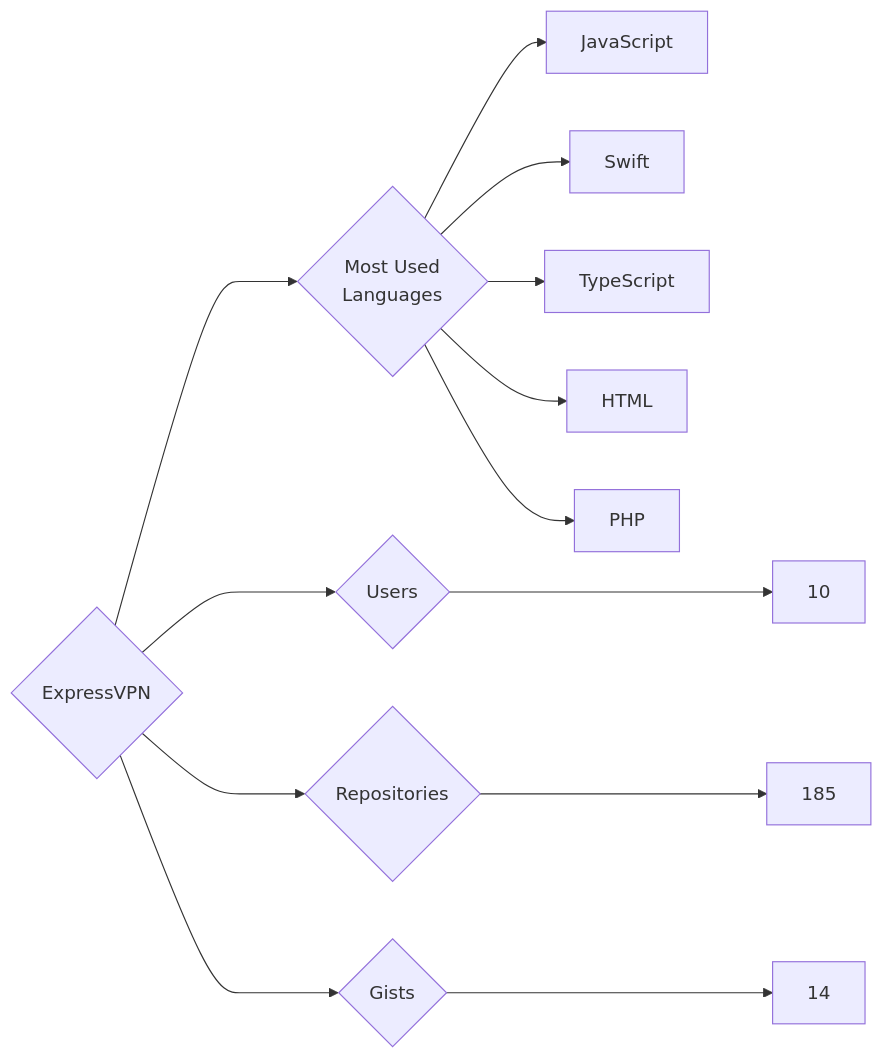
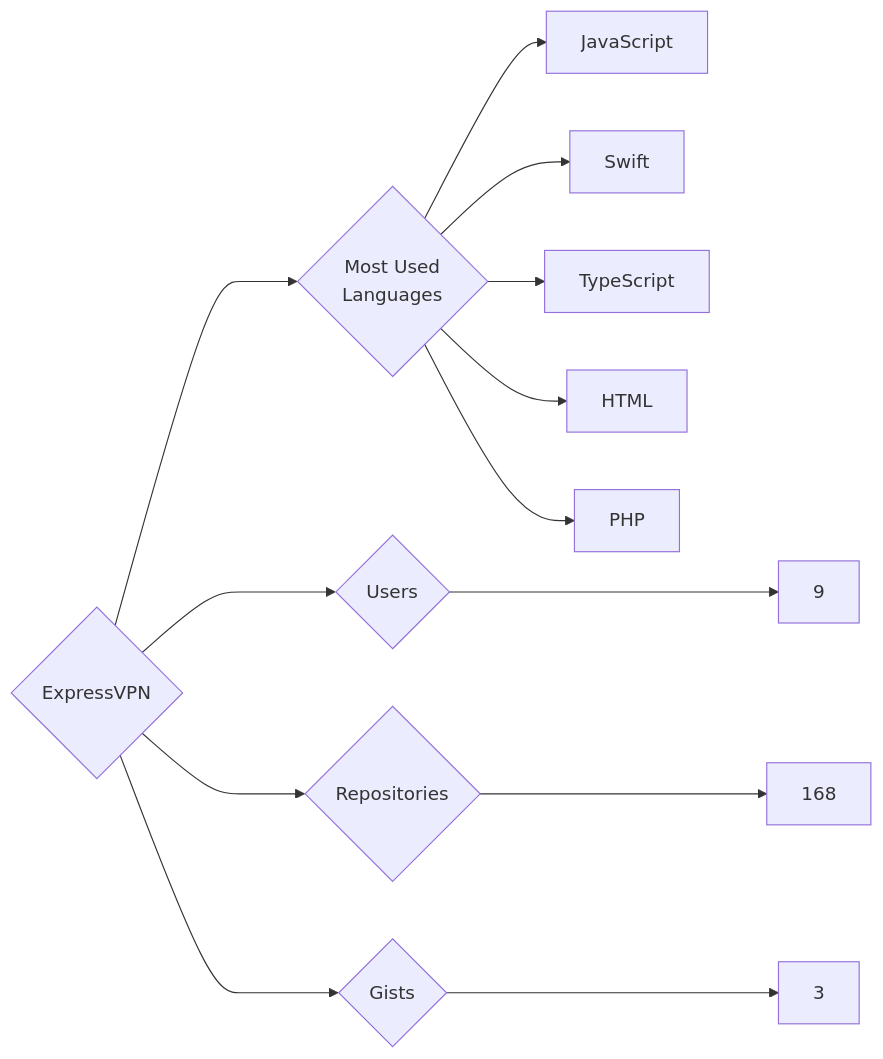
The diagram in targets/ExpressVPN/README.md (trickest/insiders), drawn with Mermaid before and after one commit. The commit also changed 699 other files, not shown here.

````diff
--- a/targets/ExpressVPN/README.md
+++ b/targets/ExpressVPN/README.md
@@ -3,13 +3,13 @@
 ```mermaid
 graph LR
 COMPANY_NAME{ExpressVPN}
-COMPANY_NAME ---> U{Users} ---> UN[10]
-COMPANY_NAME ---> R{Repositories} ---> RN[185]
-COMPANY_NAME ---> G{Gists} ---> GN[14]
+COMPANY_NAME ---> U{Users} ---> UN[9]
+COMPANY_NAME ---> R{Repositories} ---> RN[168]
+COMPANY_NAME ---> G{Gists} ---> GN[3]
 COMPANY_NAME ---> ML{Most Used<br>Languages}
 ML --> JavaScript[JavaScript]
 ML --> Swift[Swift]
 ML --> TypeScript[TypeScript]
 ML --> HTML[HTML]
 ML --> PHP[PHP]
 ```
````
